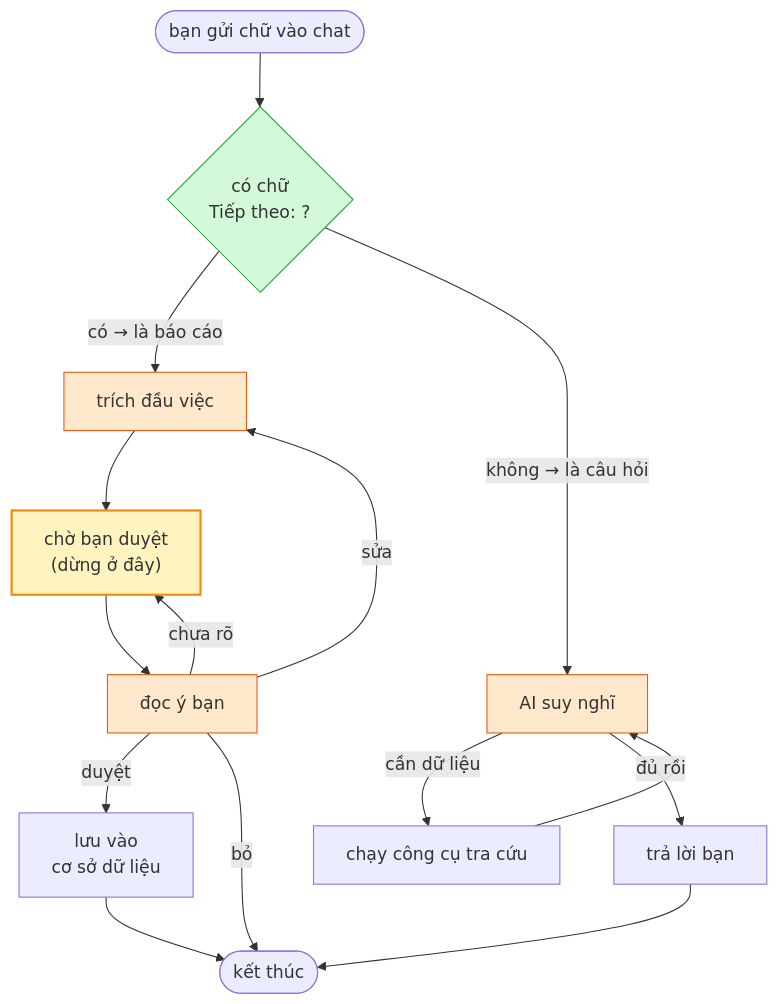
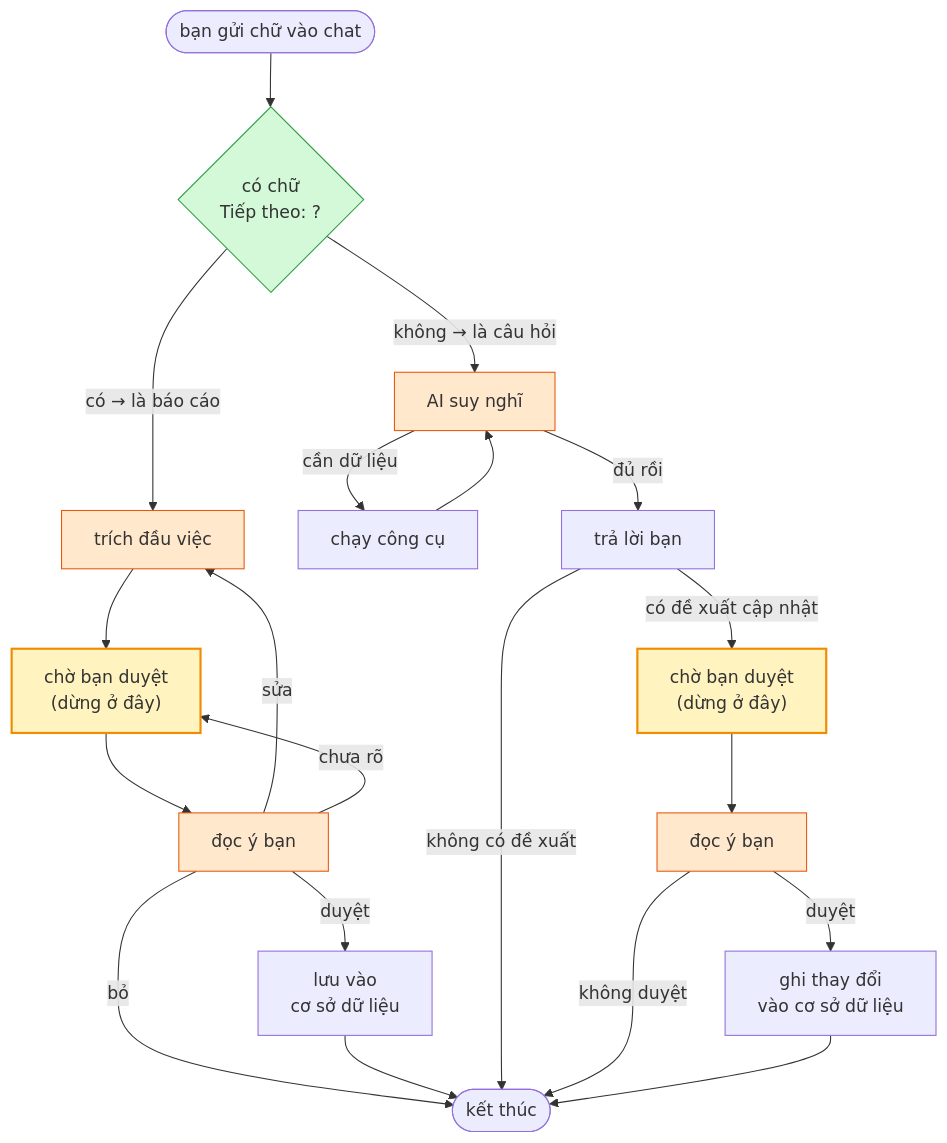
The third of 4 diagrams in docs/bai-noi-gioi-thieu.md (NguyenQuyenHacker/Telegram-Agent-Reminder-TAR-), drawn with Mermaid before and after one commit. The commit also changed other lines of this file and 37 other files, not shown here.

````diff
--- a/docs/bai-noi-gioi-thieu.md
+++ b/docs/bai-noi-gioi-thieu.md
@@ -351,25 +341,32 @@
 ```mermaid
 flowchart TB
     START(["bạn gửi chữ vào chat"]) --> HOI{"có chữ<br/>Tiếp theo: ?"}
 
     HOI -- "có → là báo cáo" --> E["trích đầu việc"]
     E --> W["chờ bạn duyệt<br/>(dừng ở đây)"]
     W --> D["đọc ý bạn"]
     D -- "duyệt" --> S["lưu vào<br/>cơ sở dữ liệu"]
     D -- "sửa" --> E
     D -- "chưa rõ" --> W
     D -- "bỏ" --> X(["kết thúc"])
     S --> X
 
     HOI -- "không → là câu hỏi" --> M["AI suy nghĩ"]
-    M -- "cần dữ liệu" --> TL["chạy công cụ tra cứu"]
+    M -- "cần dữ liệu" --> TL["chạy công cụ"]
     TL --> M
     M -- "đủ rồi" --> ANS["trả lời bạn"]
-    ANS --> X
+    ANS -- "không có đề xuất" --> X
+    ANS -- "có đề xuất cập nhật" --> W2["chờ bạn duyệt<br/>(dừng ở đây)"]
+    W2 --> D2["đọc ý bạn"]
+    D2 -- "duyệt" --> AP["ghi thay đổi<br/>vào cơ sở dữ liệu"]
+    D2 -- "không duyệt" --> X
+    AP --> X
 
     style E fill:#ffe8cc,stroke:#e8590c
     style D fill:#ffe8cc,stroke:#e8590c
     style M fill:#ffe8cc,stroke:#e8590c
+    style D2 fill:#ffe8cc,stroke:#e8590c
     style W fill:#fff3bf,stroke:#f08c00,stroke-width:2px
+    style W2 fill:#fff3bf,stroke:#f08c00,stroke-width:2px
     style HOI fill:#d3f9d8,stroke:#2f9e44
 ```
````
